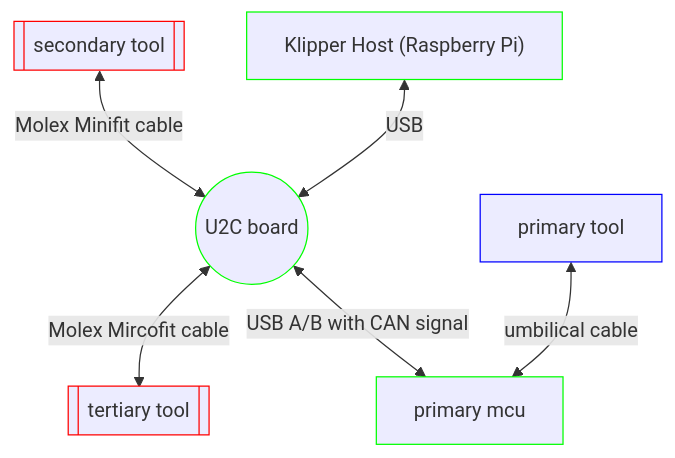
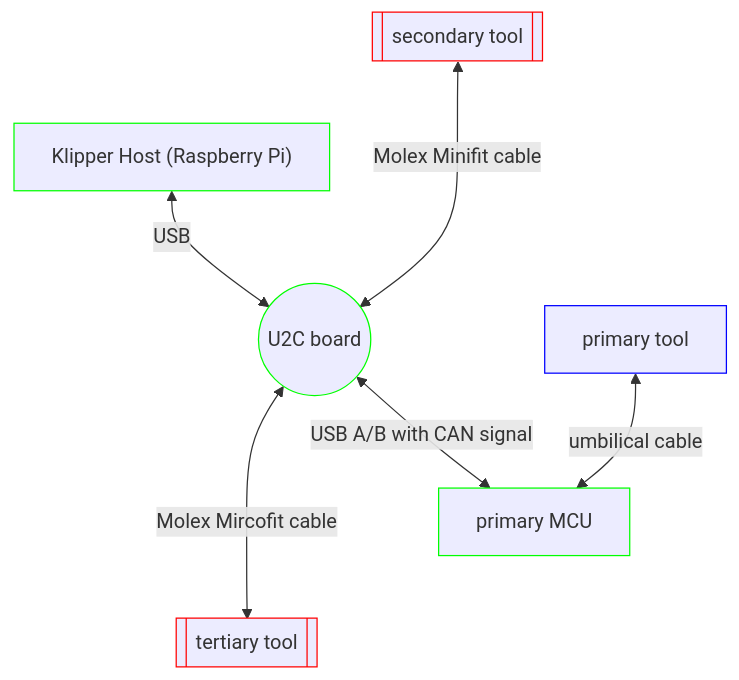
The third of 8 diagrams in can.md (willpuckett/kb_can), drawn with Mermaid before and after one commit. The commit also changed other lines of this file, not shown here.

Commit message:
include termination in diagrams

````diff
--- a/can.md
+++ b/can.md
@@ -176,19 +186,19 @@
 ```mermaid
 graph TD;
     classDef term stroke:#f00
     classDef can stroke:#0f0
     classDef nc stroke:#00f
 
-    sbc["Klipper Host (Raspberry Pi)"]:::can
+    SBC["Klipper Host (Raspberry Pi)"]:::can
     u2c((U2C board)):::can
     t0[primary tool]:::nc
     t1[[secondary tool]]:::term
     t2[[tertiary tool]]:::term
-    primary[primary mcu]:::can
+    primary[primary MCU]:::can
 
-    t1 <--Molex Minifit cable--> u2c
-    sbc <--USB--> u2c 
-    u2c <--Molex Mircofit cable-->  t2 
+    t1 <--Molex Minifit cable---> u2c
+    SBC <--USB--> u2c 
+    u2c <--Molex Mircofit cable--->  t2 
     u2c <-- USB A/B with CAN signal--> primary
     t0 <-- umbilical cable--> primary 
 ```
````
